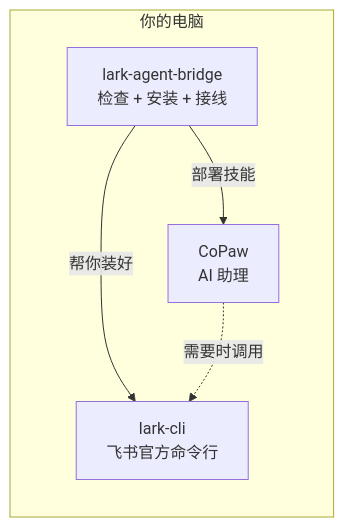
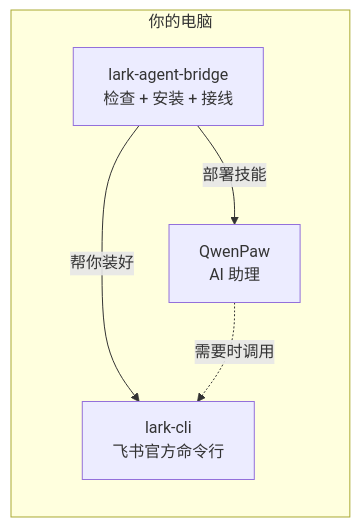
Before and after one commit to guodaxia103/lark-agent-bridge: the second of 2 diagrams in README.md, drawn with Mermaid. The commit also changed other lines of this file and 11 other files, not shown here.

````diff
--- a/README.md
+++ b/README.md
@@ -475,12 +475,12 @@
 ```mermaid
 flowchart LR
     subgraph your["你的电脑"]
-        CP["CoPaw\nAI 助理"]
+        CP["QwenPaw\nAI 助理"]
         B["lark-agent-bridge\n检查 + 安装 + 接线"]
         LC["lark-cli\n飞书官方命令行"]
     end
 
     B -->|部署技能| CP
     B -->|帮你装好| LC
     CP -.->|需要时调用| LC
 ```
````
